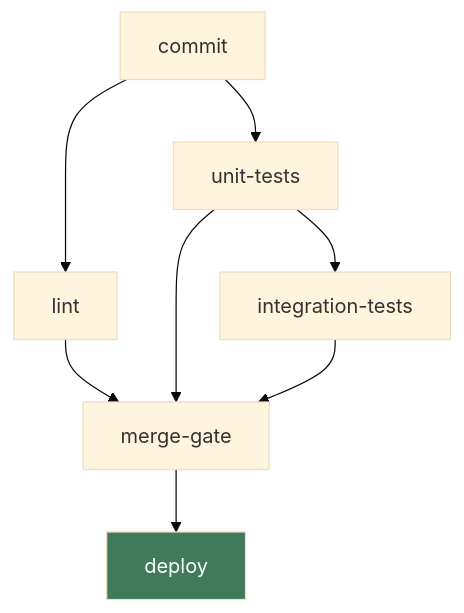
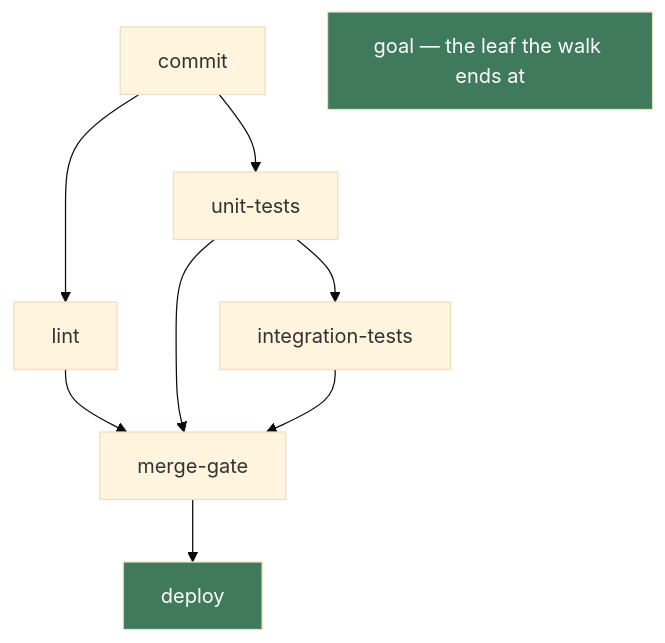
Before and after one commit to thompsonson/intelligent_agents: the first of 4 diagrams in documentation/agent-design-process/blog.md, drawn with Mermaid (base theme). The commit also changed other lines of this file, not shown here.

First line of the commit message:
docs(agent-design): add legends to infra example diagrams (IA 13)

````diff
--- a/documentation/agent-design-process/blog.md
+++ b/documentation/agent-design-process/blog.md
@@ -83,13 +83,15 @@
 ```mermaid
 flowchart TD
     commit --> lint
     commit --> unit-tests
     lint --> merge-gate
     unit-tests --> integration-tests
     unit-tests --> merge-gate
     integration-tests --> merge-gate
     merge-gate --> deploy
 
     classDef goal fill:#3f7a5c,color:#fff
     class deploy goal
+
+    legend["goal — the leaf the walk ends at"]:::goal
 ```
````
